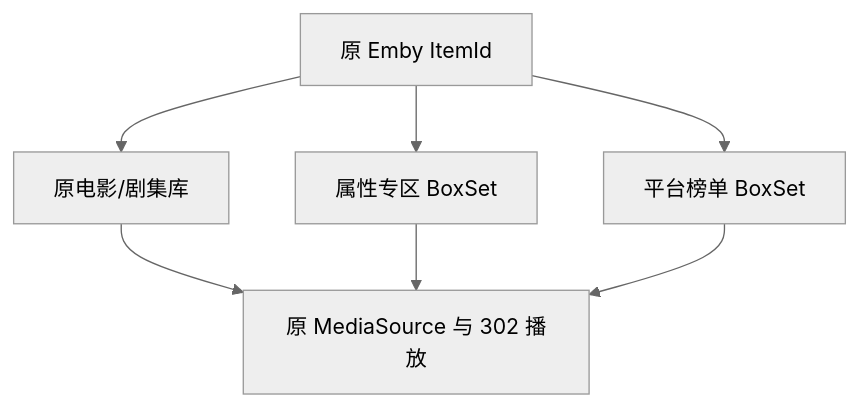
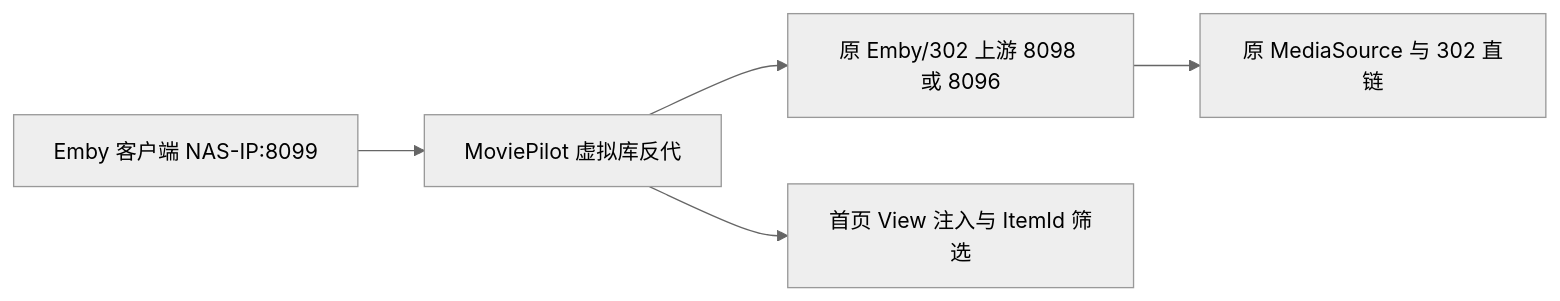
The diagram in README.md (ZangBanzi/MoviePilot-Plugins-Boss), drawn with Mermaid (neutral theme) before and after one commit. The commit also changed other lines of this file, not shown here.

````diff
--- a/README.md
+++ b/README.md
@@ -19,9 +17,7 @@
 ```mermaid
-flowchart TD
-    A["原 Emby ItemId"] --> B["原电影/剧集库"]
-    A --> C["属性专区 BoxSet"]
-    A --> D["平台榜单 BoxSet"]
-    B --> E["原 MediaSource 与 302 播放"]
-    C --> E
-    D --> E
+flowchart LR
+    A["Emby 客户端 NAS-IP:8099"] --> B["MoviePilot 虚拟库反代"]
+    B --> C["原 Emby/302 上游 8098 或 8096"]
+    B --> D["首页 View 注入与 ItemId 筛选"]
+    C --> E["原 MediaSource 与 302 直链"]
 ```
````
